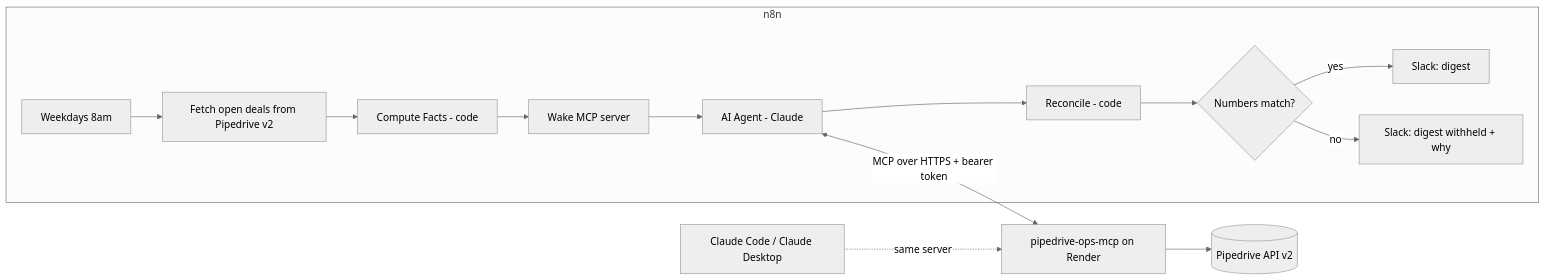
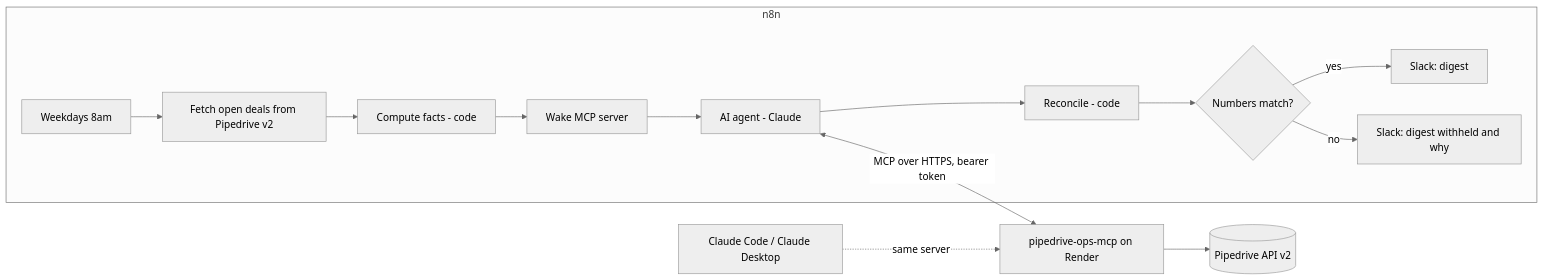
Before and after one commit to vrecla/automation: the diagram in pipedrive-ops-mcp/README.md, drawn with Mermaid (neutral theme). The commit also changed other lines of this file and 5 other files, not shown here.

````diff
--- a/pipedrive-ops-mcp/README.md
+++ b/pipedrive-ops-mcp/README.md
@@ -10,16 +12,16 @@
 ```mermaid
 flowchart LR
   subgraph n8n
     T[Weekdays 8am] --> F[Fetch open deals from Pipedrive v2]
-    F --> C[Compute Facts - code]
+    F --> C[Compute facts - code]
     C --> W[Wake MCP server]
-    W --> A[AI Agent - Claude]
+    W --> A[AI agent - Claude]
     A --> R[Reconcile - code]
     R --> V{Numbers match?}
     V -- yes --> S1[Slack: digest]
-    V -- no --> S2[Slack: digest withheld + why]
+    V -- no --> S2[Slack: digest withheld and why]
   end
-  A <-- "MCP over HTTPS + bearer token" --> M[pipedrive-ops-mcp on Render]
+  A <-- "MCP over HTTPS, bearer token" --> M[pipedrive-ops-mcp on Render]
   M --> P[(Pipedrive API v2)]
   Q[Claude Code / Claude Desktop] -. same server .-> M
 ```
````
